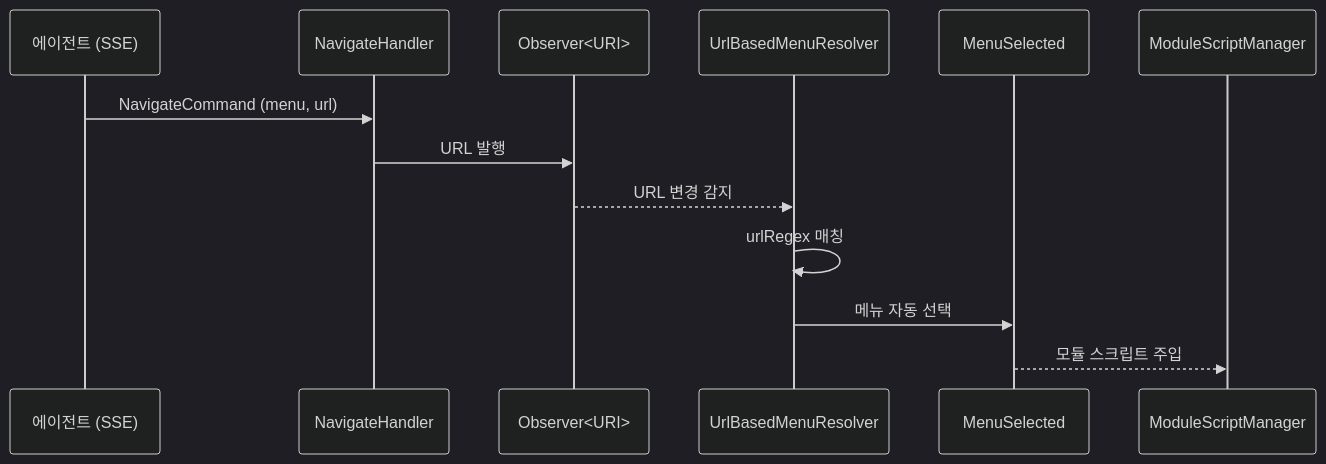
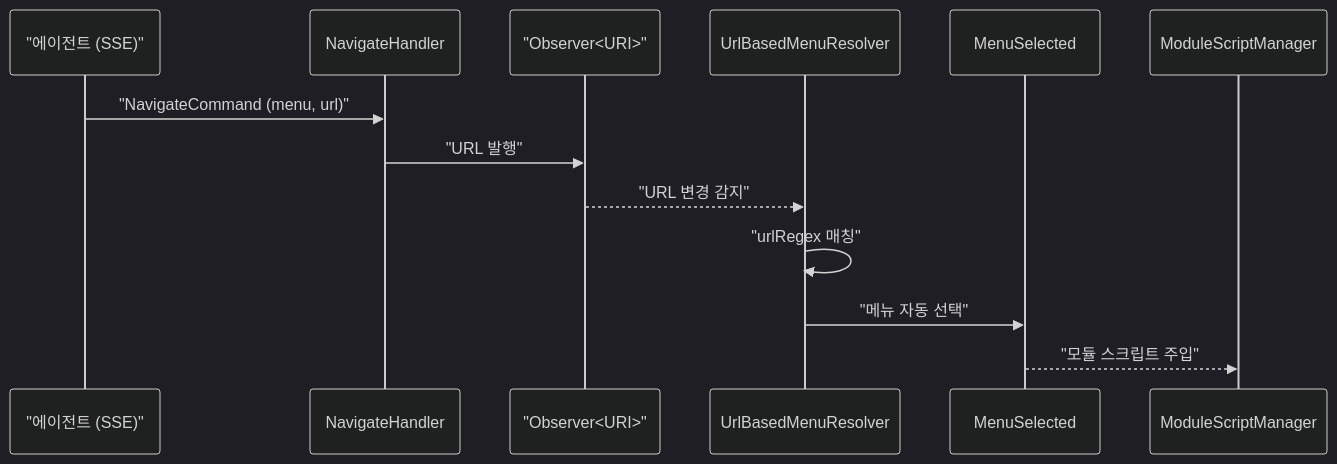
The third of 7 diagrams in shell-ui/USECASE.md (sayaya1090/handbook), drawn with Mermaid (dark theme) before and after one commit. The commit also changed other lines of this file and 22 other files, not shown here.

First line of the commit message:
docs: Mermaid 다이어그램 렌더링 오류 수정을 위한 구문 전수 교정

````diff
--- a/shell-ui/USECASE.md
+++ b/shell-ui/USECASE.md
@@ -61,16 +61,16 @@
 ```mermaid
 sequenceDiagram
-    participant Agent as 에이전트 (SSE)
+    participant Agent as "에이전트 (SSE)"
     participant NH as NavigateHandler
-    participant URI as Observer<URI>
+    participant URI as "Observer<URI>"
     participant UR as UrlBasedMenuResolver
     participant MS as MenuSelected
     participant MSM as ModuleScriptManager
 
-    Agent->>NH: NavigateCommand (menu, url)
-    NH->>URI: URL 발행
-    URI-->>UR: URL 변경 감지
-    UR->>UR: urlRegex 매칭
-    UR->>MS: 메뉴 자동 선택
-    MS-->>MSM: 모듈 스크립트 주입
+    Agent->>NH: "NavigateCommand (menu, url)"
+    NH->>URI: "URL 발행"
+    URI-->>UR: "URL 변경 감지"
+    UR->>UR: "urlRegex 매칭"
+    UR->>MS: "메뉴 자동 선택"
+    MS-->>MSM: "모듈 스크립트 주입"
 ```
````
